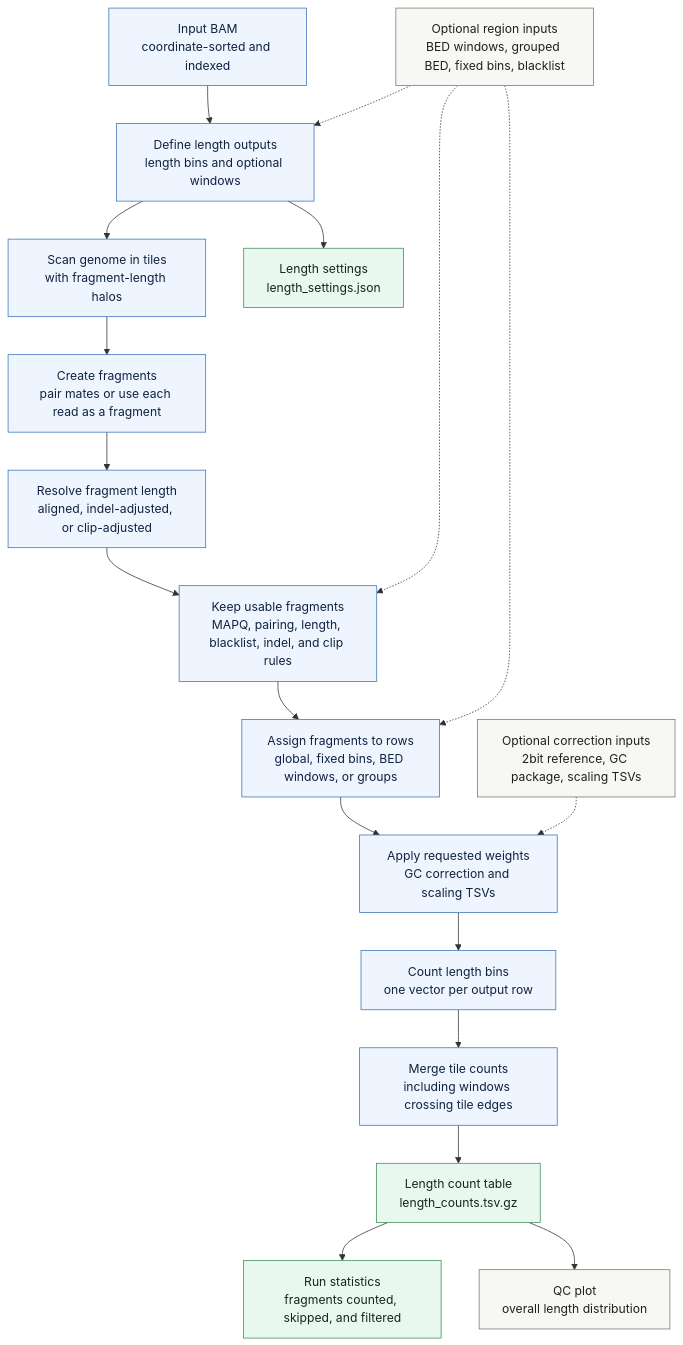
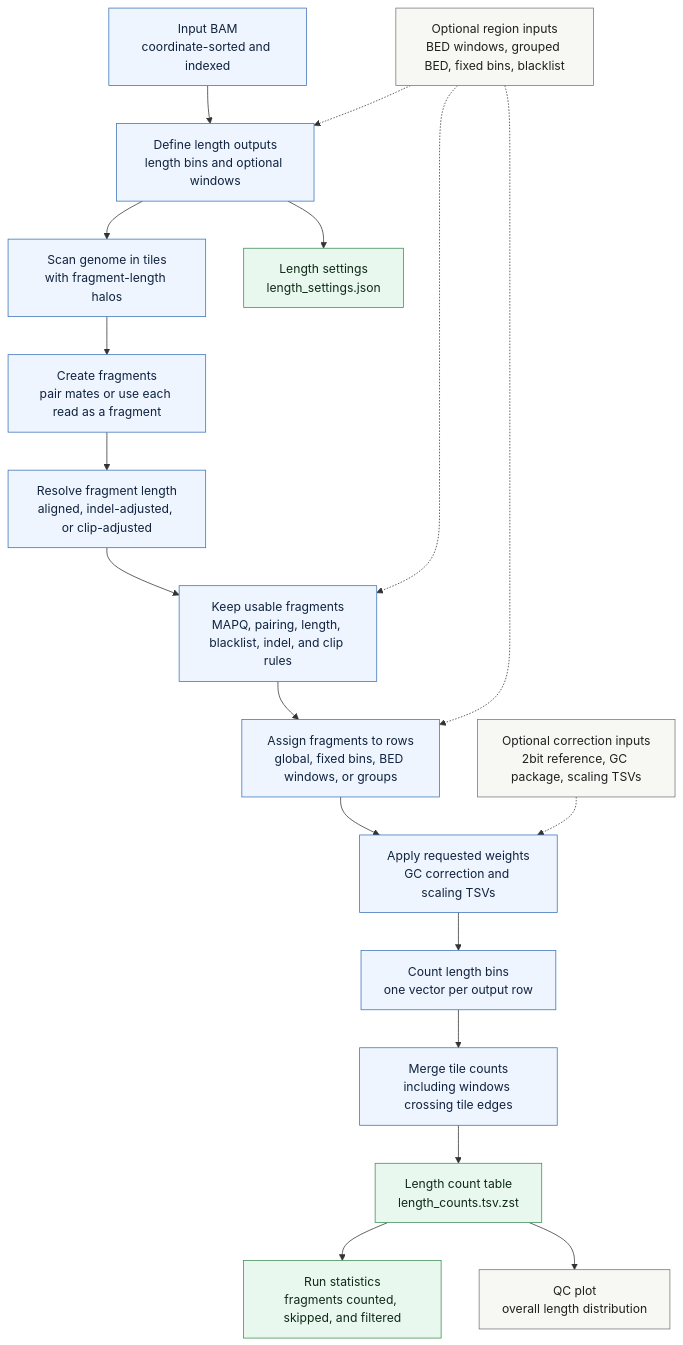
One commit to BesenbacherLab/cfDNAlab changed the diagram in .AI/docs/command_pipelines/lengths.md. Above: the diagram before and after it, drawn with Mermaid. The commit also changed other lines of this file and 22 other files, not shown here.

````diff
--- a/.AI/docs/command_pipelines/lengths.md
+++ b/.AI/docs/command_pipelines/lengths.md
@@ -7,37 +7,37 @@
 ```mermaid
 flowchart TD
     input["Input BAM<br/>coordinate-sorted and indexed"]
     setup["Define length outputs<br/>length bins and optional windows"]
     tiles["Scan genome in tiles<br/>with fragment-length halos"]
     fragments["Create fragments<br/>pair mates or use each read as a fragment"]
     length_model["Resolve fragment length<br/>aligned, indel-adjusted, or clip-adjusted"]
     filters["Keep usable fragments<br/>MAPQ, pairing, length, blacklist, indel, and clip rules"]
     rows["Assign fragments to rows<br/>global, fixed bins, BED windows, or groups"]
     weights["Apply requested weights<br/>GC correction and scaling TSVs"]
     count["Count length bins<br/>one vector per output row"]
     merge["Merge tile counts<br/>including windows crossing tile edges"]
-    table["Length count table<br/>length_counts.tsv.gz"]
+    table["Length count table<br/>length_counts.tsv.zst"]
     settings["Length settings<br/>length_settings.json"]
     plot["QC plot<br/>overall length distribution"]
     stats["Run statistics<br/>fragments counted, skipped, and filtered"]
 
     region_inputs["Optional region inputs<br/>BED windows, grouped BED, fixed bins, blacklist"]
     correction_inputs["Optional correction inputs<br/>2bit reference, GC package, scaling TSVs"]
 
     input --> setup --> tiles --> fragments --> length_model --> filters --> rows --> weights --> count --> merge --> table --> stats
     setup --> settings
     table --> plot
 
     region_inputs -.-> setup
     region_inputs -.-> filters
     region_inputs -.-> rows
     correction_inputs -.-> weights
 
     classDef core fill:#eef5ff,stroke:#3b73b9,color:#10233f;
     classDef optional fill:#f7f7f4,stroke:#777,color:#202020;
     classDef outputClass fill:#e9f8ef,stroke:#3e8f57,color:#102a17;
 
     class input,setup,tiles,fragments,length_model,filters,rows,weights,count,merge core;
     class region_inputs,correction_inputs,plot optional;
     class table,settings,stats outputClass;
 ```
````
